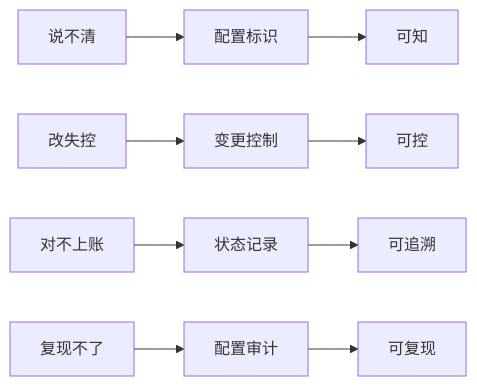
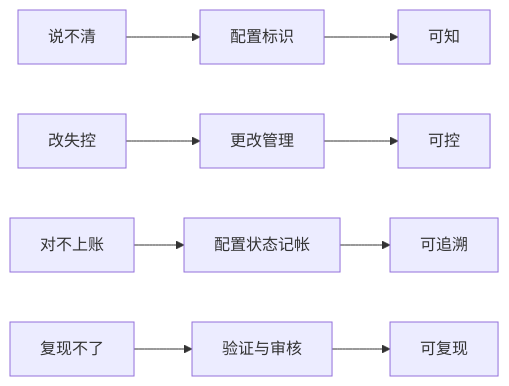
One commit to Yongjunzhou/AOS-system-design changed the ninth of 10 diagrams in 100-subprojects/01-系统工程研究/00-系统工程相关研究报告/04-配置管理概念研究报告-从配置定义到商业价值.md. Above: the diagram before and after it, drawn with Mermaid. The commit also changed other lines of this file and 10 other files, not shown here.

````diff
--- a/100-subprojects/01-系统工程研究/00-系统工程相关研究报告/04-配置管理概念研究报告-从配置定义到商业价值.md
+++ b/100-subprojects/01-系统工程研究/00-系统工程相关研究报告/04-配置管理概念研究报告-从配置定义到商业价值.md
@@ -411,7 +426,7 @@
 ```mermaid
 flowchart LR
     P1["说不清"] --> M1["配置标识"] --> C1["可知"]
-    P2["改失控"] --> M2["变更控制"] --> C2["可控"]
-    P3["对不上账"] --> M3["状态记录"] --> C3["可追溯"]
-    P4["复现不了"] --> M4["配置审计"] --> C4["可复现"]
+    P2["改失控"] --> M2["更改管理"] --> C2["可控"]
+    P3["对不上账"] --> M3["配置状态记帐"] --> C3["可追溯"]
+    P4["复现不了"] --> M4["验证与审核"] --> C4["可复现"]
 ```
````
